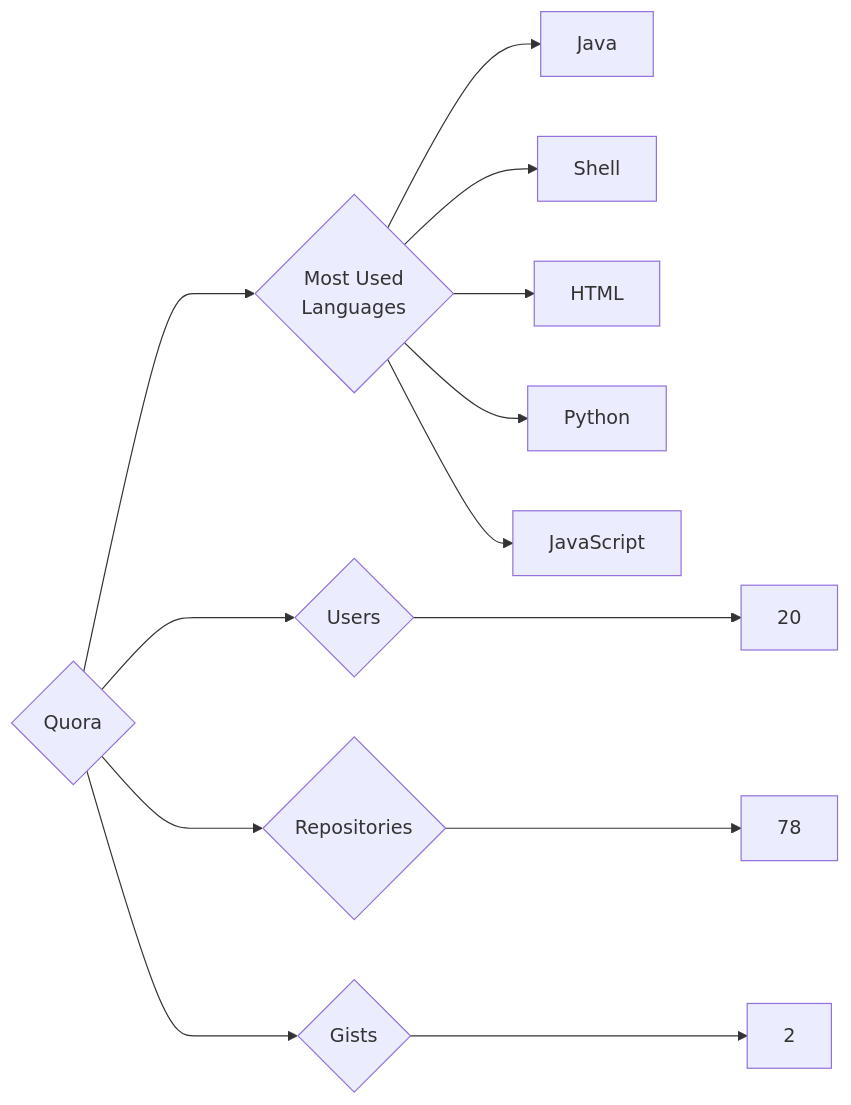
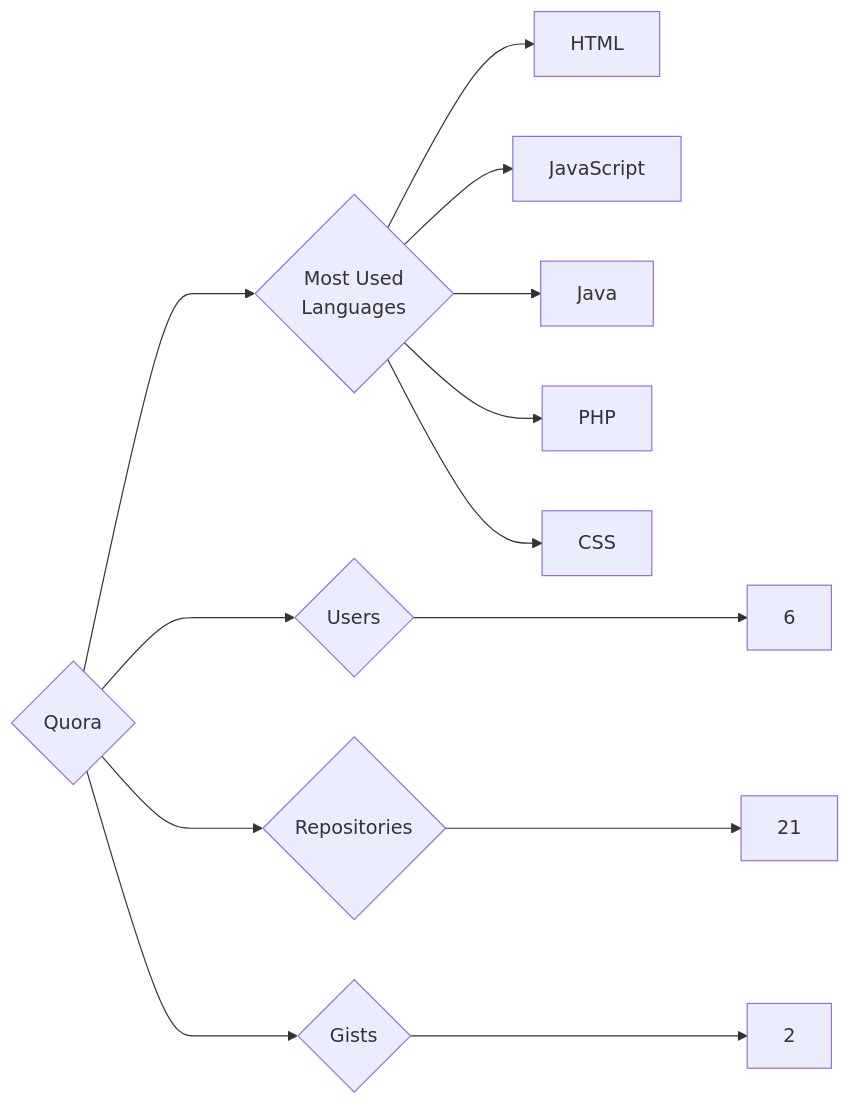
One commit to trickest/insiders changed the diagram in targets/Quora/README.md. Above: the diagram before and after it, drawn with Mermaid. The commit also changed 815 other files, not shown here.

````diff
--- a/targets/Quora/README.md
+++ b/targets/Quora/README.md
@@ -3,13 +3,13 @@
 ```mermaid
 graph LR
 COMPANY_NAME{Quora}
-COMPANY_NAME ---> U{Users} ---> UN[20]
-COMPANY_NAME ---> R{Repositories} ---> RN[78]
+COMPANY_NAME ---> U{Users} ---> UN[6]
+COMPANY_NAME ---> R{Repositories} ---> RN[21]
 COMPANY_NAME ---> G{Gists} ---> GN[2]
 COMPANY_NAME ---> ML{Most Used<br>Languages}
+ML --> HTML[HTML]
+ML --> JavaScript[JavaScript]
 ML --> Java[Java]
-ML --> Shell[Shell]
-ML --> HTML[HTML]
-ML --> Python[Python]
-ML --> JavaScript[JavaScript]
+ML --> PHP[PHP]
+ML --> CSS[CSS]
 ```
````
